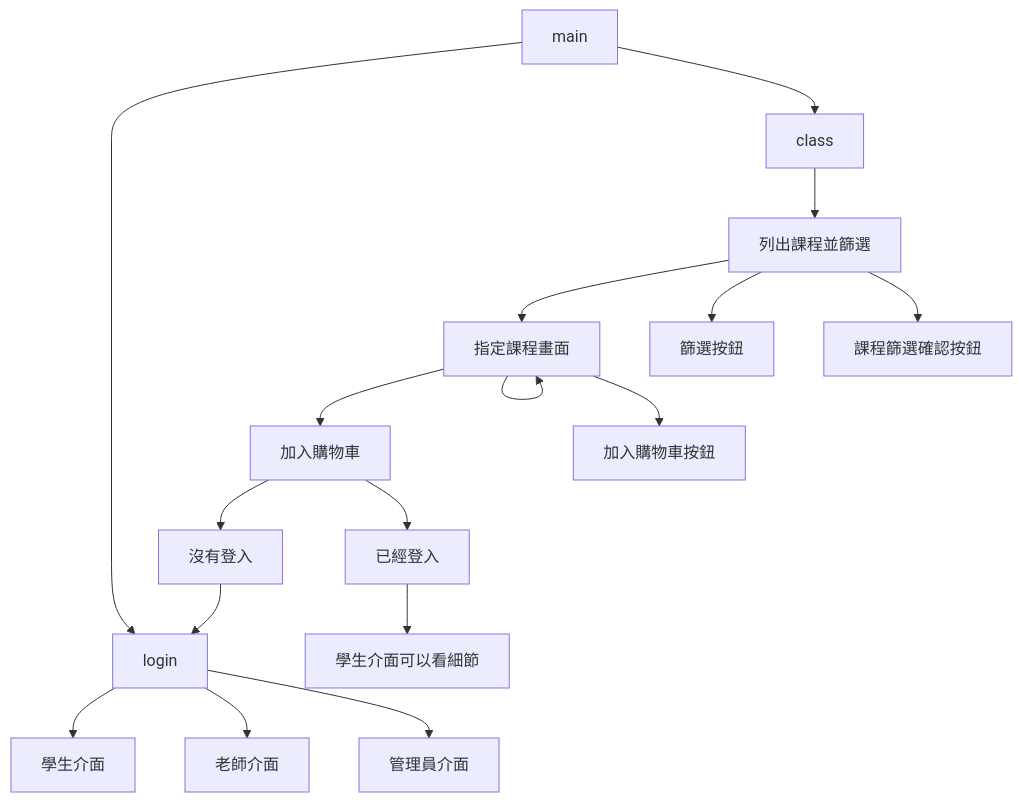
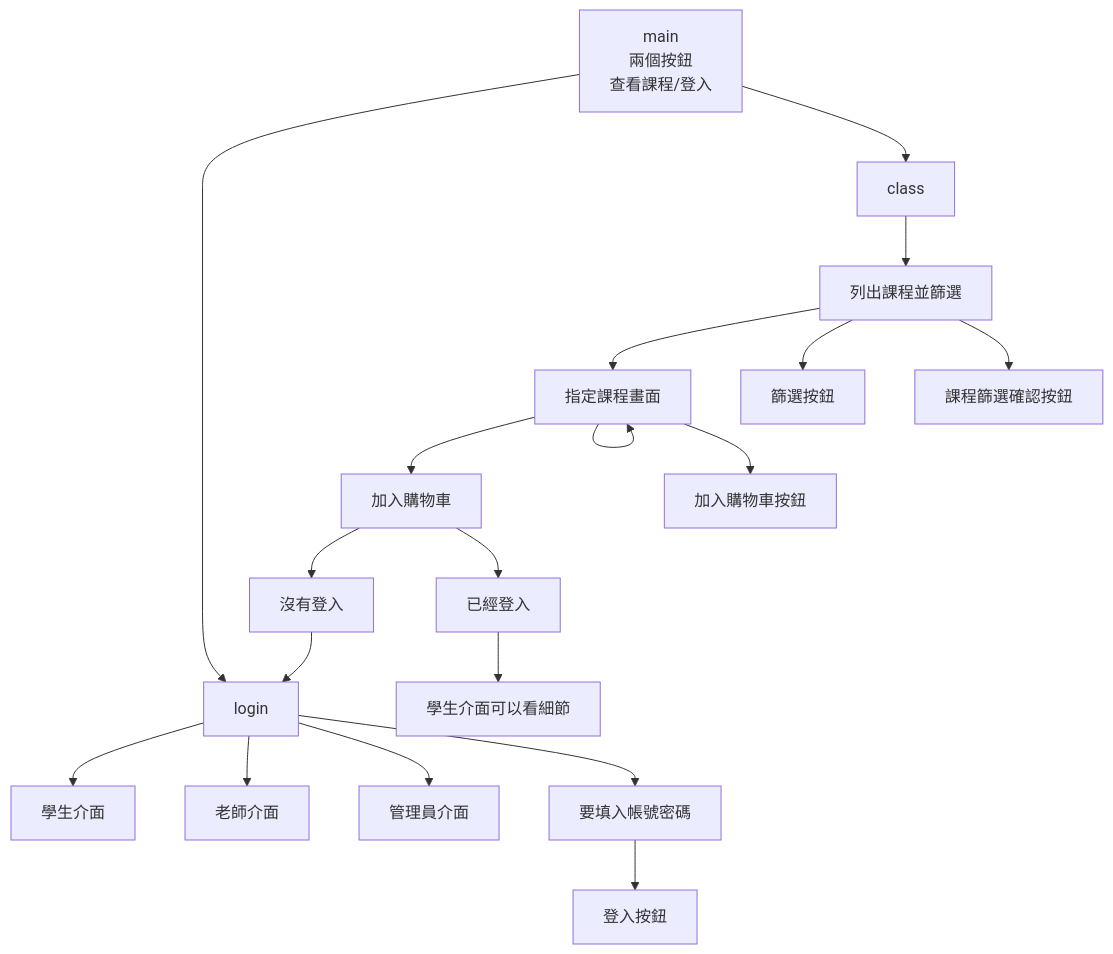
The first of 4 diagrams in README.md (HE-SHU-WEI/xiaokuan), drawn with Mermaid before and after one commit. The commit also changed other lines of this file, not shown here.

````diff
--- a/README.md
+++ b/README.md
@@ -2,20 +2,22 @@
 ```mermaid
 graph TD;
 
-main-->L[login];
+main[main<br>兩個按鈕<br>查看課程/登入]-->L[login];
 main-->C[class];
 C-->A[列出課程並篩選]-->B[指定課程畫面]-->加入購物車-->沒有登入-->L
 加入購物車-->已經登入-->學生介面可以看細節
 
 L-->學生介面
 L-->老師介面
 L-->管理員介面
 
 A-->篩選按鈕
 A-->課程篩選確認按鈕
 
 B-->
 B-->加入購物車按鈕
 
+L-->要填入帳號密碼-->登入按鈕
+
 
 ```
````
